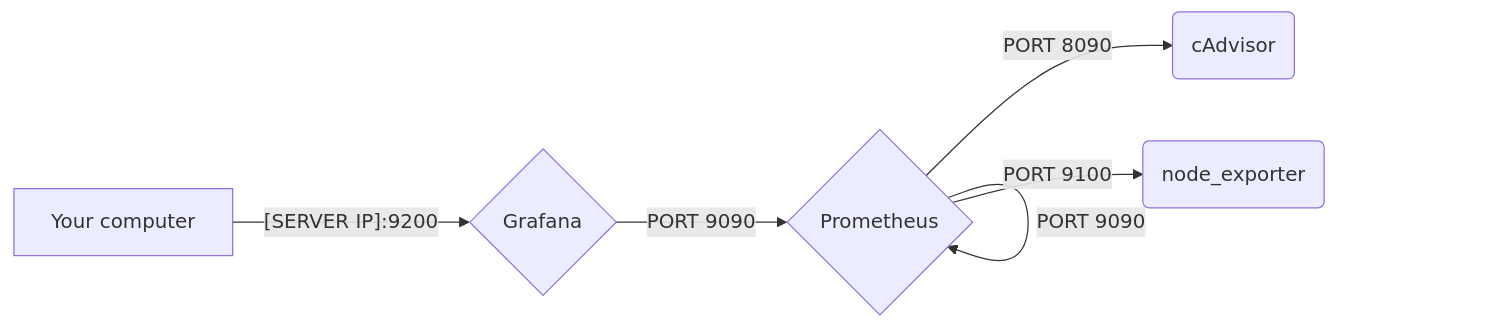
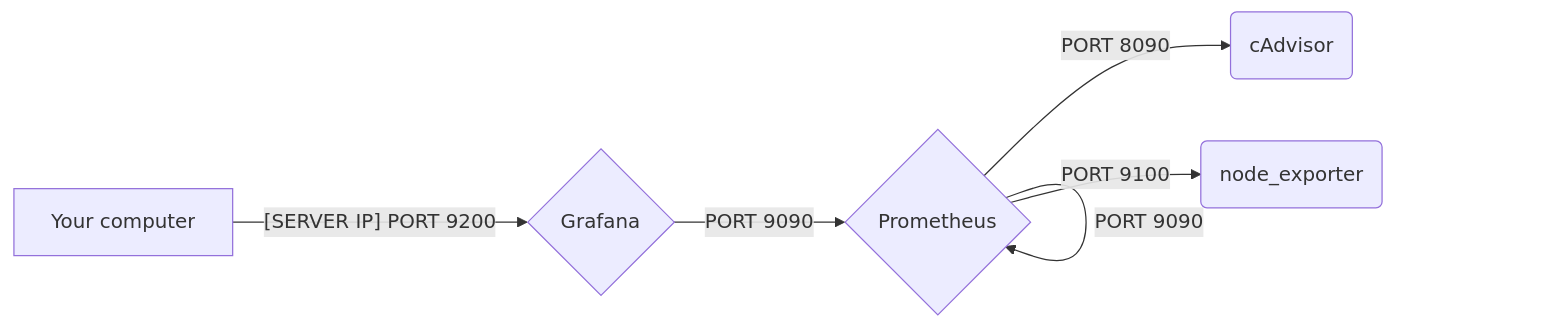
The diagram in README.md (YR72dpi/debianMonitoring), drawn with Mermaid before and after one commit.

Commit message:
fix: mermaid error

````diff
--- a/README.md
+++ b/README.md
@@ -13,14 +13,14 @@
 ```mermaid
 graph LR
 grafana{Grafana} 
 prometheus{Prometheus} 
 cAdvisor(cAdvisor) 
 node_exporter(node_exporter) 
 computer[Your computer] 
 
 prometheus -- PORT 8090 --> cAdvisor 
 prometheus -- PORT 9100 --> node_exporter 
 prometheus -- PORT 9090 --> prometheus 
 grafana -- PORT 9090 --> prometheus 
-computer -- [SERVER IP]:9200 --> grafana 
+computer -- [SERVER IP] PORT 9200 --> grafana 
 ```
````
